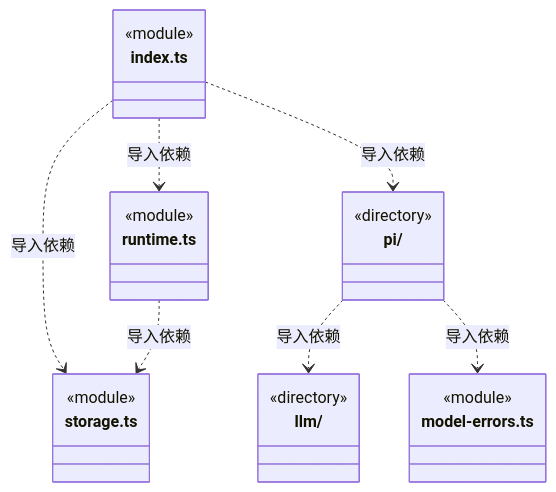
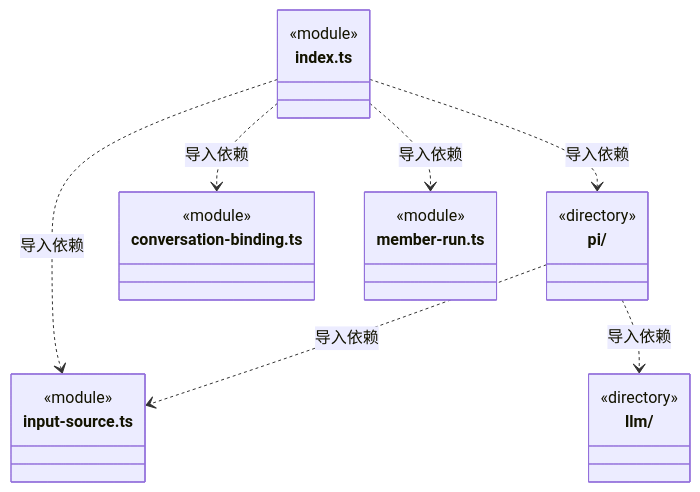
One commit to nan023062/cbim changed the first of 8 diagrams in src/backend/core/brain/ARCHITECTURE.md. Above: the diagram before and after it, drawn with Mermaid. The commit also changed other lines of this file and 240 other files, not shown here.

````diff
--- a/src/backend/core/brain/ARCHITECTURE.md
+++ b/src/backend/core/brain/ARCHITECTURE.md
@@ -22,27 +25,27 @@
 ```mermaid
 classDiagram
 class N_src_backend_core_brain_llm["llm/"] {
   <<directory>>
 }
 class N_src_backend_core_brain_pi["pi/"] {
   <<directory>>
 }
+class N_src_backend_core_brain_conversation_binding_ts["conversation-binding.ts"] {
+  <<module>>
+}
 class N_src_backend_core_brain_index_ts["index.ts"] {
   <<module>>
 }
-class N_src_backend_core_brain_model_errors_ts["model-errors.ts"] {
+class N_src_backend_core_brain_input_source_ts["input-source.ts"] {
   <<module>>
 }
-class N_src_backend_core_brain_runtime_ts["runtime.ts"] {
+class N_src_backend_core_brain_member_run_ts["member-run.ts"] {
   <<module>>
 }
-class N_src_backend_core_brain_storage_ts["storage.ts"] {
-  <<module>>
-}
-N_src_backend_core_brain_index_ts ..> N_src_backend_core_brain_storage_ts : 导入依赖
-N_src_backend_core_brain_index_ts ..> N_src_backend_core_brain_runtime_ts : 导入依赖
+N_src_backend_core_brain_index_ts ..> N_src_backend_core_brain_member_run_ts : 导入依赖
+N_src_backend_core_brain_index_ts ..> N_src_backend_core_brain_input_source_ts : 导入依赖
+N_src_backend_core_brain_index_ts ..> N_src_backend_core_brain_conversation_binding_ts : 导入依赖
 N_src_backend_core_brain_index_ts ..> N_src_backend_core_brain_pi : 导入依赖
+N_src_backend_core_brain_pi ..> N_src_backend_core_brain_input_source_ts : 导入依赖
 N_src_backend_core_brain_pi ..> N_src_backend_core_brain_llm : 导入依赖
-N_src_backend_core_brain_pi ..> N_src_backend_core_brain_model_errors_ts : 导入依赖
-N_src_backend_core_brain_runtime_ts ..> N_src_backend_core_brain_storage_ts : 导入依赖
 ```
````
